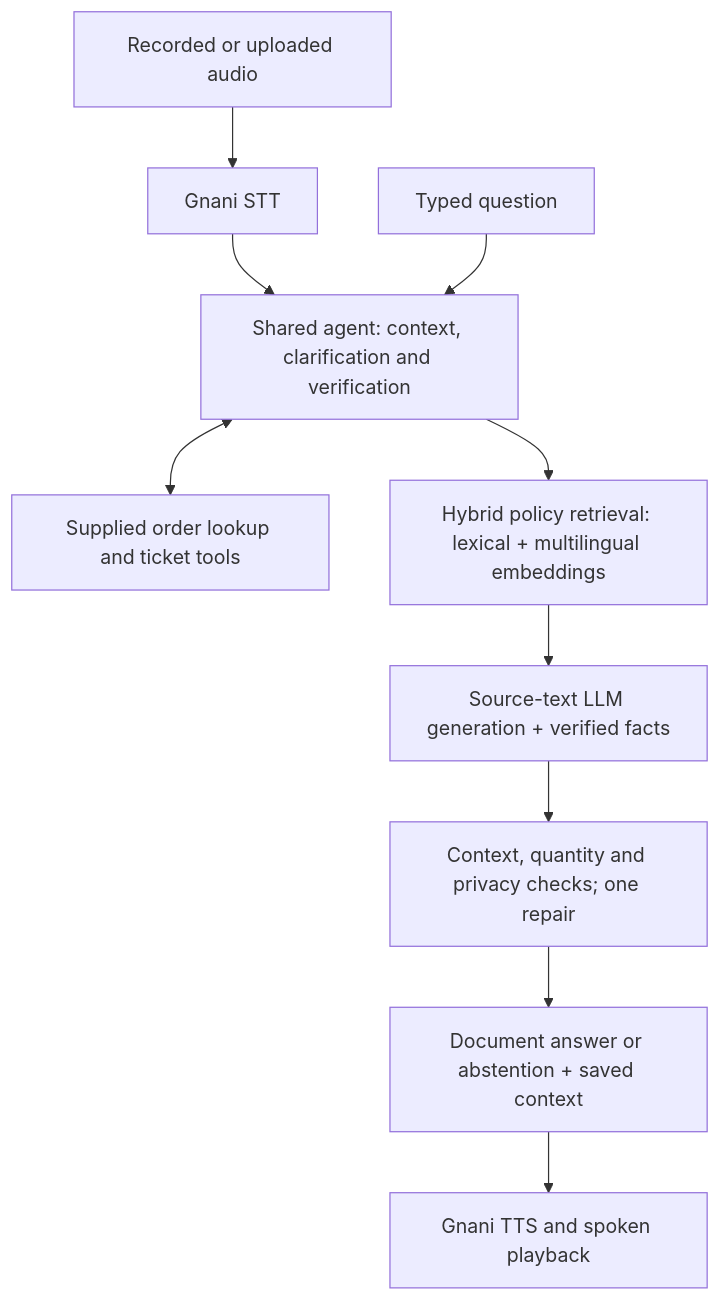
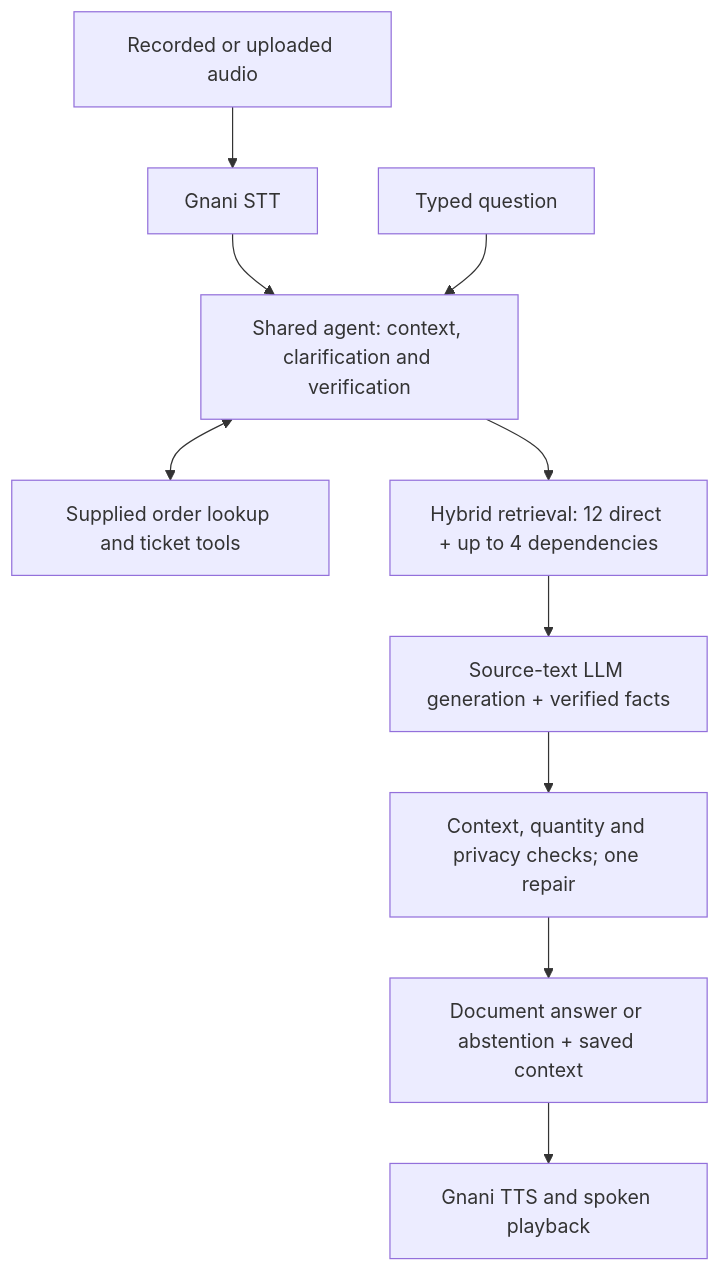
One commit to Pranay207/Resolvox changed the diagram in README.md. Above: the diagram before and after it, drawn with Mermaid. The commit also changed other lines of this file and 6 other files, not shown here.

````diff
--- a/README.md
+++ b/README.md
@@ -158,12 +158,12 @@
 ```mermaid
 flowchart TD
     Audio["Recorded or uploaded audio"] --> STT["Gnani STT"]
     STT --> Agent["Shared agent: context, clarification and verification"]
     Text["Typed question"] --> Agent
     Agent <--> Tools["Supplied order lookup and ticket tools"]
-    Agent --> Search["Hybrid policy retrieval: lexical + multilingual embeddings"]
+    Agent --> Search["Hybrid retrieval: 12 direct + up to 4 dependencies"]
     Search --> Answer["Source-text LLM generation + verified facts"]
     Answer --> Check["Context, quantity and privacy checks; one repair"]
     Check --> Reply["Document answer or abstention + saved context"]
     Reply --> TTS["Gnani TTS and spoken playback"]
 ```
````
